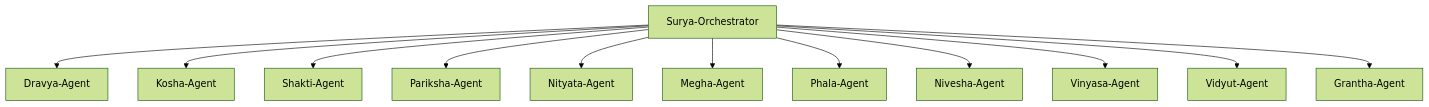
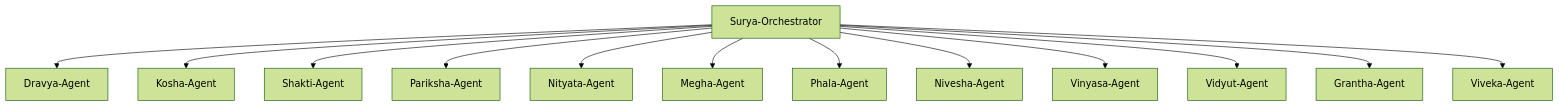
The diagram in AGENTS.md (ganeshgowri-ASA/SuryaPrajna), drawn with Mermaid (forest theme) before and after one commit. The commit also changed other lines of this file and 7 other files, not shown here.

````diff
--- a/AGENTS.md
+++ b/AGENTS.md
@@ -7,14 +7,15 @@
 ```mermaid
 graph TD
     S[Surya-Orchestrator] --> D[Dravya-Agent]
     S --> K[Kosha-Agent]
     S --> Sh[Shakti-Agent]
     S --> P[Pariksha-Agent]
     S --> N[Nityata-Agent]
     S --> M[Megha-Agent]
     S --> Ph[Phala-Agent]
     S --> Ni[Nivesha-Agent]
     S --> V[Vinyasa-Agent]
     S --> Vi[Vidyut-Agent]
     S --> G[Grantha-Agent]
+    S --> Vi2[Viveka-Agent]
 ```
````
